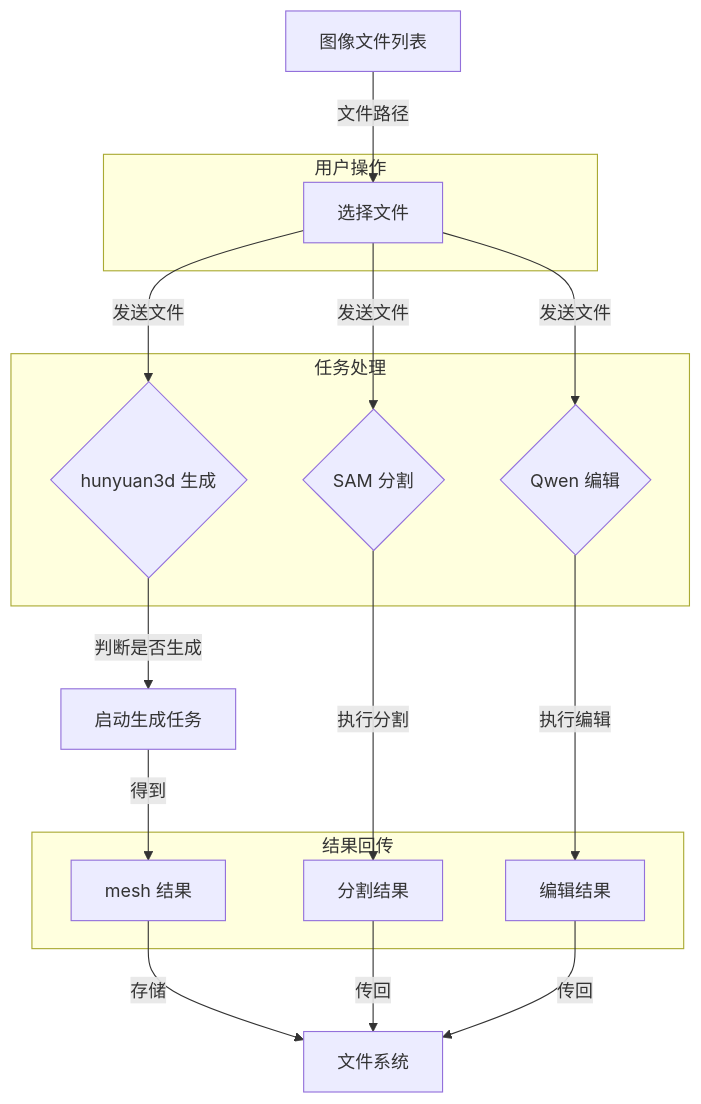
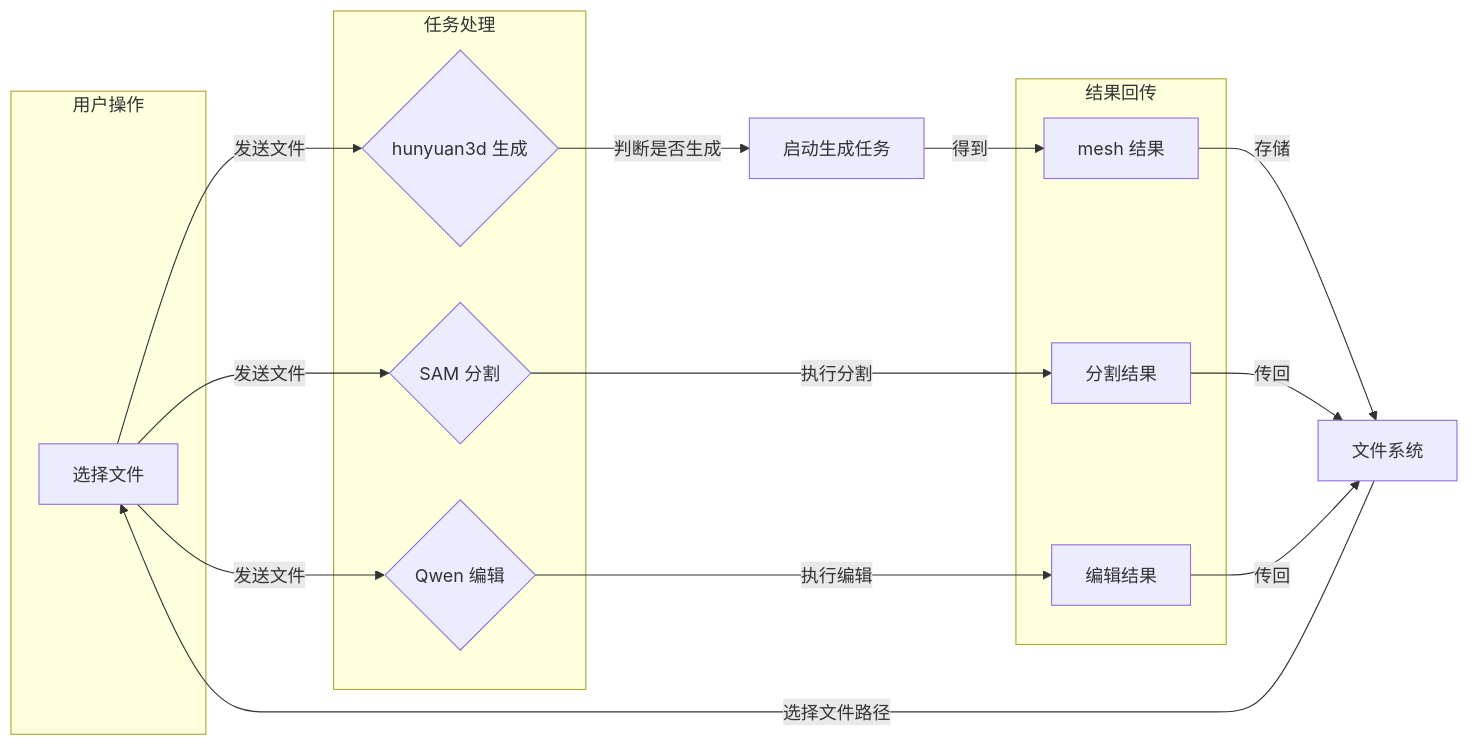
One commit to Wenrui0319/middletask-1-1-hunyuan changed the second of 3 diagrams in 第三周汇报.md. Above: the diagram before and after it, drawn with Mermaid. The commit also changed other lines of this file, not shown here.

Commit message:
Update 第三周汇报.md
GJCpart3

````diff
--- a/第三周汇报.md
+++ b/第三周汇报.md
@@ -92,33 +92,32 @@
 ```mermaid
-graph TD
-    A[图像文件列表]
+graph LR
 
     subgraph 用户操作
         B[选择文件]
     end
 
     subgraph 任务处理
         C{hunyuan3d 生成}
         D{SAM 分割}
         E{Qwen 编辑}
     end
 
     subgraph 结果回传
         F[mesh 结果]
         G[分割结果]
         H[编辑结果]
     end
 
-    A -- 文件路径 --> B
+    文件系统 -- 选择文件路径 --> B
     B -- 发送文件 --> C & D & E
 
     C -- 判断是否生成 --> I[启动生成任务]
     I -- 得到 --> F
     F -- 存储 --> 文件系统
 
     D -- 执行分割 --> G
     G -- 传回 --> 文件系统
 
     E -- 执行编辑 --> H
     H -- 传回 --> 文件系统
 ```
````
